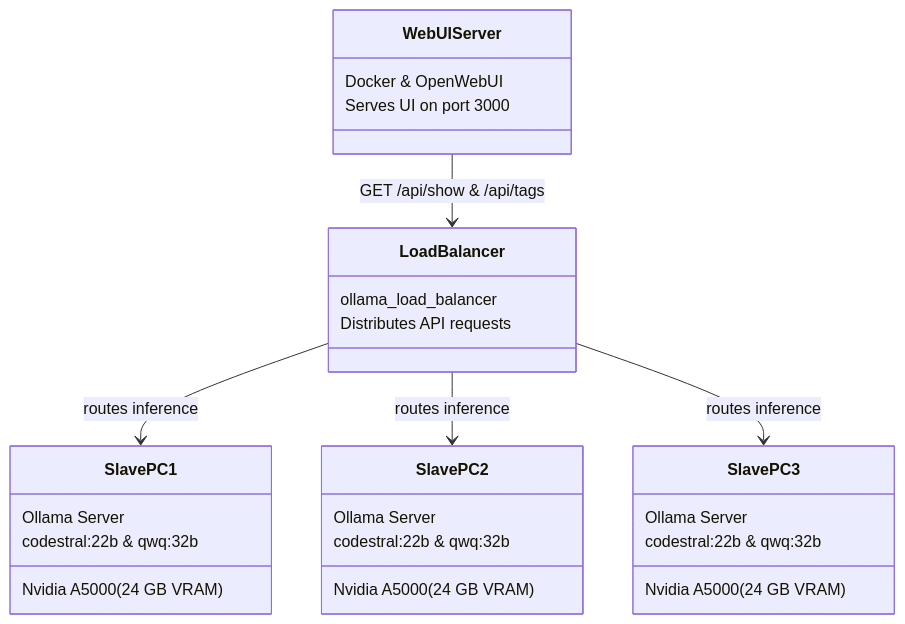
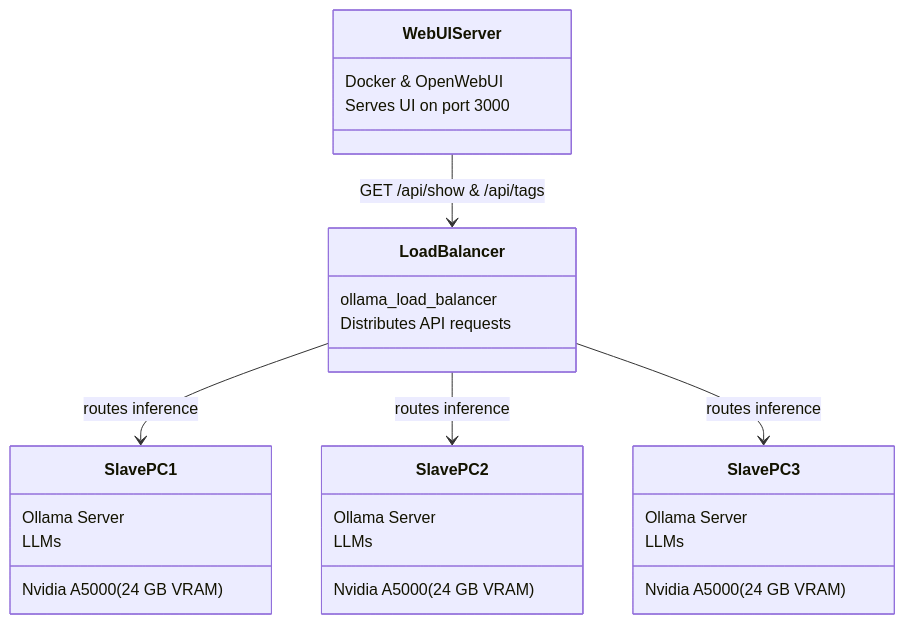
The diagram in README.md (BigBIueWhale/openwebui_config), drawn with Mermaid before and after one commit. The commit also changed other lines of this file, not shown here.

````diff
--- a/README.md
+++ b/README.md
@@ -14,31 +16,31 @@
 ```mermaid
 classDiagram
     class SlavePC1 {
       Ollama Server  
-      codestral:22b & qwq:32b  
+      LLMs
       Nvidia A5000 (24 GB VRAM)
     }
     class SlavePC2 {
       Ollama Server  
-      codestral:22b & qwq:32b  
+      LLMs  
       Nvidia A5000 (24 GB VRAM)
     }
     class SlavePC3 {
       Ollama Server  
-      codestral:22b & qwq:32b  
+      LLMs  
       Nvidia A5000 (24 GB VRAM)
     }
     class LoadBalancer {
       ollama_load_balancer  
       Distributes API requests
     }
     class WebUIServer {
       Docker & OpenWebUI  
       Serves UI on port 3000
     }
 
     WebUIServer --> LoadBalancer : GET /api/show & /api/tags
     LoadBalancer --> SlavePC1 : routes inference
     LoadBalancer --> SlavePC2 : routes inference
     LoadBalancer --> SlavePC3 : routes inference
 ```
````
